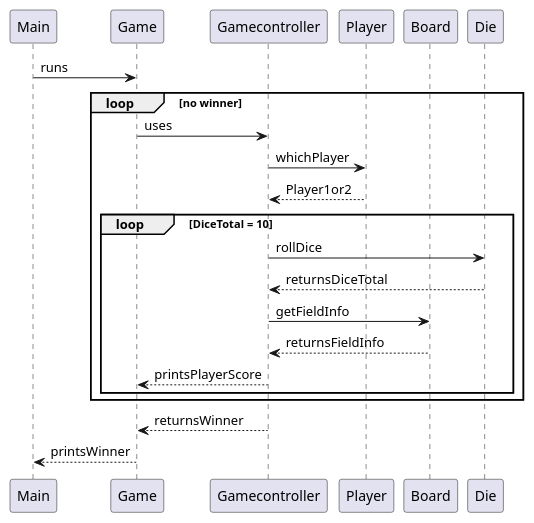
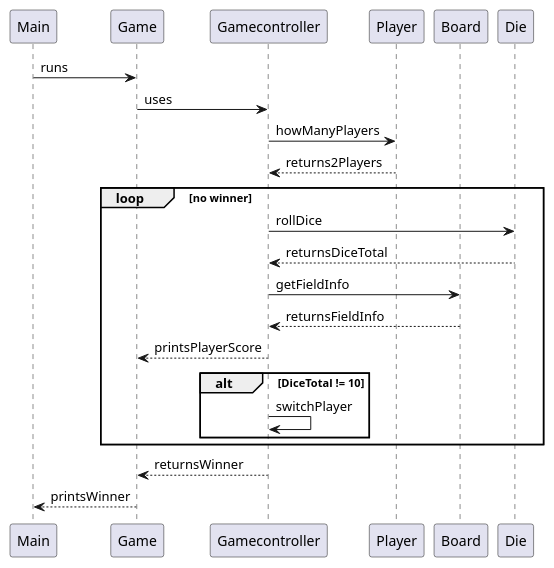
The diagram in models/SystemSequenceDiagram.puml (fmerlung/G05_del2), drawn with PlantUML before and after one commit.

Commit message:
updated SystemSequenceDiagram

```diff
--- a/models/SystemSequenceDiagram.puml
+++ b/models/SystemSequenceDiagram.puml
@@ -1,28 +1,29 @@
 @startuml
 
 
 participant Main
 participant Game
 participant Gamecontroller
 participant Player
 participant Board
 participant Die
 
 
 Main -> Game : runs
+Game -> Gamecontroller : uses
+Gamecontroller -> Player : howManyPlayers
+Player --> Gamecontroller : returns2Players
 loop no winner
-Game -> Gamecontroller : uses
-Gamecontroller -> Player : whichPlayer
-Player --> Gamecontroller : Player1or2
-loop DiceTotal = 10
 Gamecontroller -> Die : rollDice
 Die --> Gamecontroller : returnsDiceTotal
 Gamecontroller -> Board : getFieldInfo
 Board --> Gamecontroller : returnsFieldInfo
 Gamecontroller --> Game : printsPlayerScore
+alt DiceTotal != 10
+Gamecontroller -> Gamecontroller : switchPlayer
 end
 end
 Gamecontroller --> Game : returnsWinner
 Game --> Main : printsWinner
 
 @enduml
```
